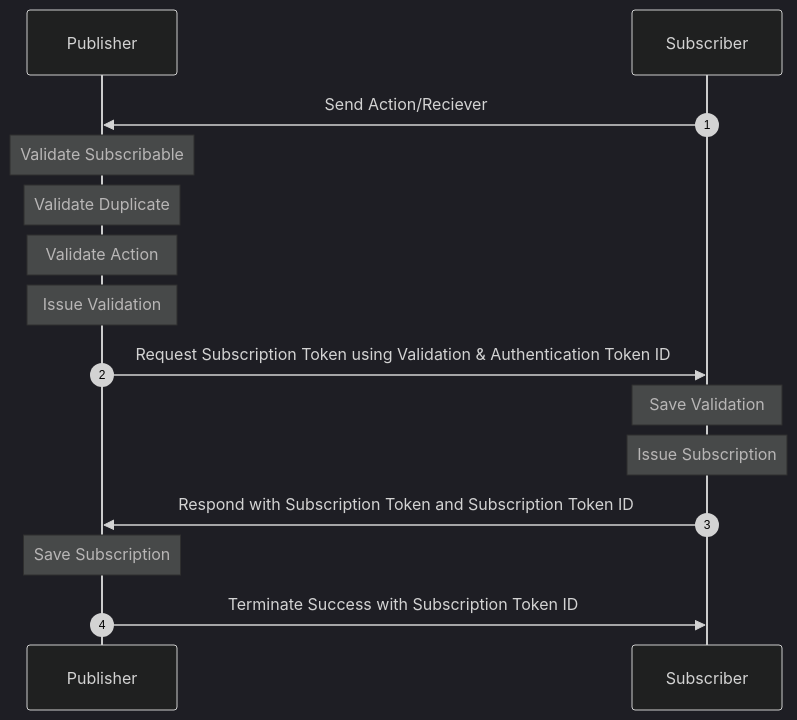
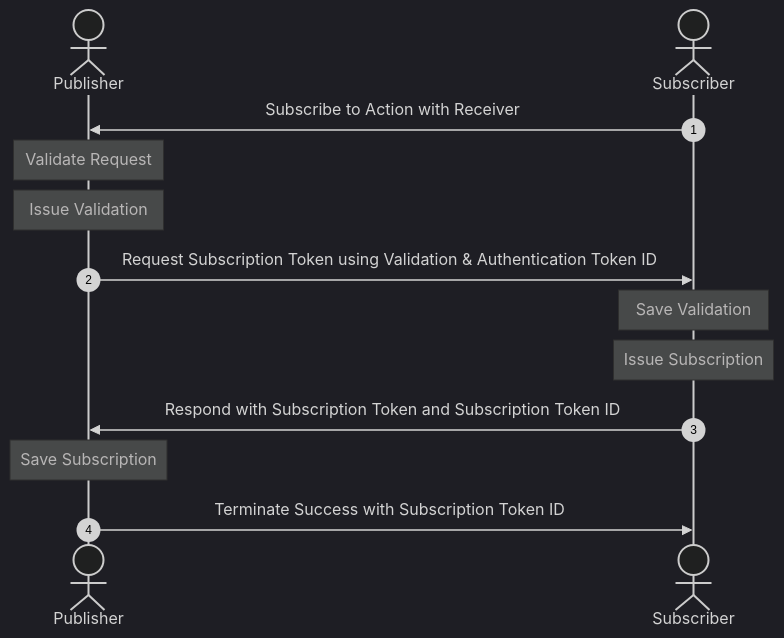
The first of 3 diagrams in docs/subscription.md (nathan-fiscaletti/coattail), drawn with Mermaid (dark theme) before and after one commit. The commit also changed other lines of this file and 13 other files, not shown here.

````diff
--- a/docs/subscription.md
+++ b/docs/subscription.md
@@ -4,19 +4,17 @@
 ```mermaid
 sequenceDiagram
     autonumber
 
-    participant Publisher
-    participant Subscriber
+    actor Publisher
+    actor Subscriber
 
-    Subscriber ->> Publisher: Send Action/Reciever
-    Note over Publisher: Validate Subscribable
-    Note over Publisher: Validate Duplicate
-    Note over Publisher: Validate Action
+    Subscriber ->> Publisher: Subscribe to Action with Receiver
+    Note over Publisher: Validate Request
     Note over Publisher: Issue Validation
     Publisher ->> Subscriber: Request Subscription Token using Validation & Authentication Token ID
     Note over Subscriber: Save Validation
     Note over Subscriber: Issue Subscription
     Subscriber ->> Publisher: Respond with Subscription Token and Subscription Token ID
     Note over Publisher: Save Subscription
     Publisher ->> Subscriber: Terminate Success with Subscription Token ID
 ```
````
